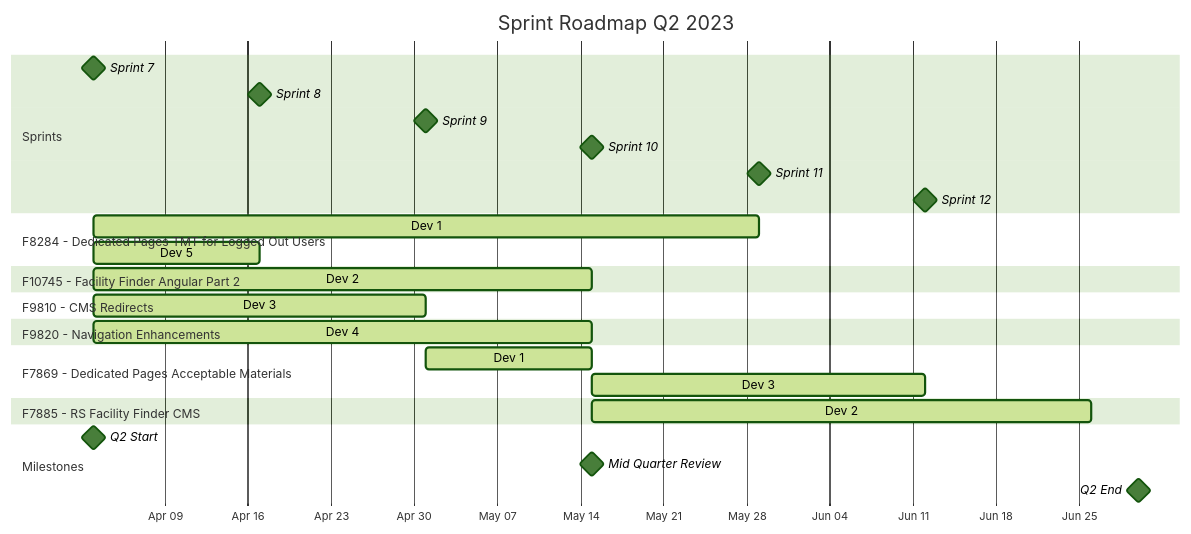
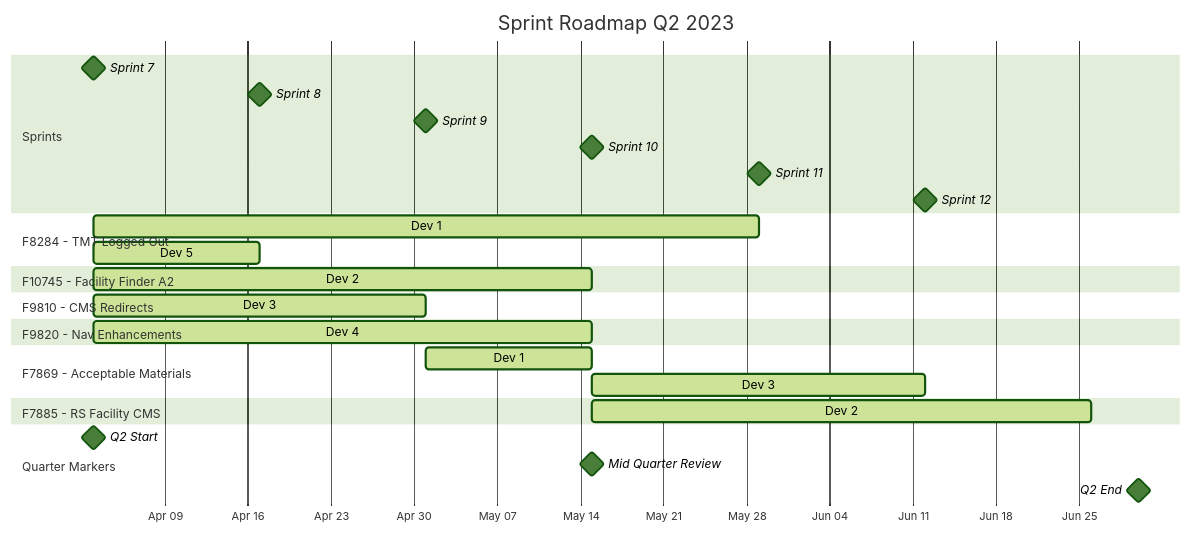
One commit to DanHitt/QRP-charts changed the diagram in README.md. Above: the diagram before and after it, drawn with Mermaid (forest theme).

````diff
--- a/README.md
+++ b/README.md
@@ -1,39 +1,39 @@
 ```mermaid
 gantt
     title Sprint Roadmap Q2 2023
     dateFormat YYYY-MM-DD
     axisFormat %b %d
 
     section Sprints
     Sprint 7  :milestone, s7, 2023-04-03, 0d
     Sprint 8  :milestone, s8, 2023-04-17, 0d
     Sprint 9  :milestone, s9, 2023-05-01, 0d
     Sprint 10 :milestone, s10, 2023-05-15, 0d
     Sprint 11 :milestone, s11, 2023-05-29, 0d
     Sprint 12 :milestone, s12, 2023-06-12, 0d
 
-    section F8284 - Dedicated Pages TMT for Logged Out Users
+    section F8284 - TMT Logged Out
     Dev 1 :active, f8284_d1, 2023-04-03, 56d
     Dev 5 :active, f8284_d5, 2023-04-03, 14d
 
-    section F10745 - Facility Finder Angular Part 2
+    section F10745 - Facility Finder A2
     Dev 2 :active, f10745_d2, 2023-04-03, 42d
 
     section F9810 - CMS Redirects
     Dev 3 :active, f9810_d3, 2023-04-03, 28d
 
-    section F9820 - Navigation Enhancements
+    section F9820 - Nav Enhancements
     Dev 4 :active, f9820_d4, 2023-04-03, 42d
 
-    section F7869 - Dedicated Pages Acceptable Materials
+    section F7869 - Acceptable Materials
     Dev 1 :active, f7869_d1, 2023-05-01, 14d
     Dev 3 :active, f7869_d3, 2023-05-15, 28d
 
-    section F7885 - RS Facility Finder CMS
+    section F7885 - RS Facility CMS
     Dev 2 :active, f7885_d2, 2023-05-15, 42d
 
-    section Milestones
-    Q2 Start :milestone, m1, 2023-04-03, 0d
-    Mid Quarter Review :milestone, m2, 2023-05-15, 0d
-    Q2 End :milestone, m3, 2023-06-30, 0d
+    section Quarter Markers
+    Q2 Start :milestone, q2start, 2023-04-03, 0d
+    Mid Quarter Review :milestone, midq2, 2023-05-15, 0d
+    Q2 End :milestone, q2end, 2023-06-30, 0d
 ```
````
